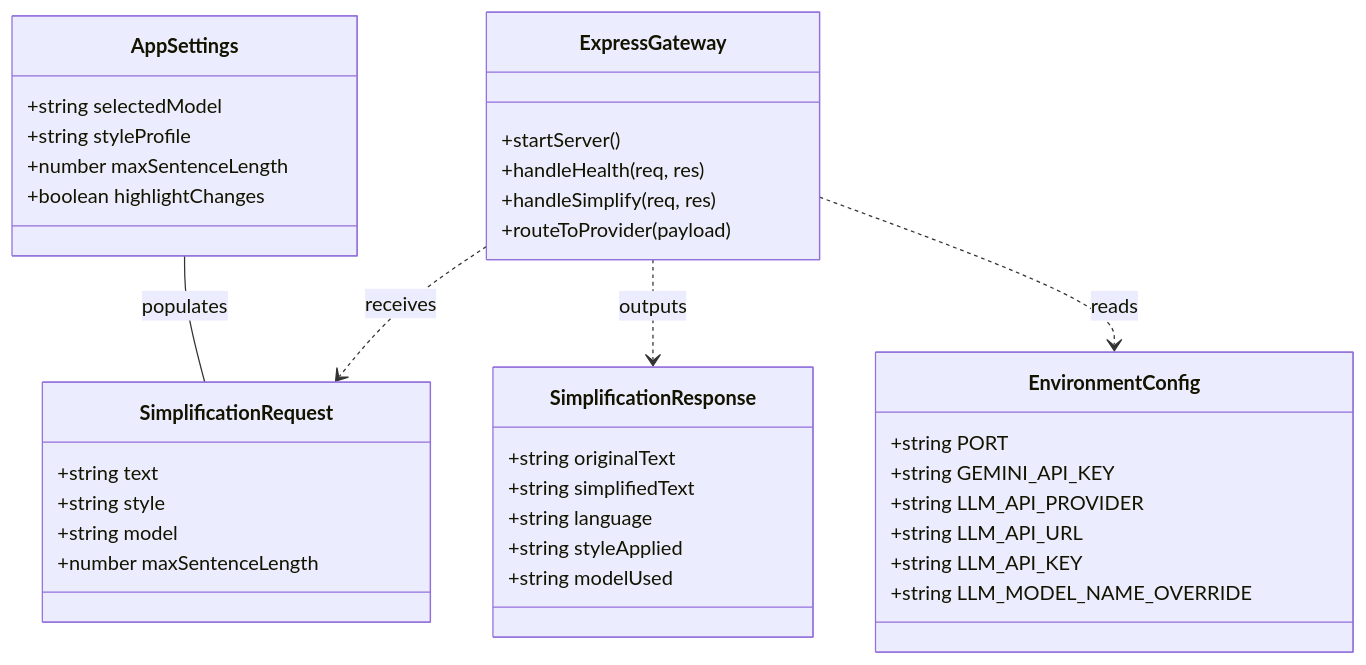
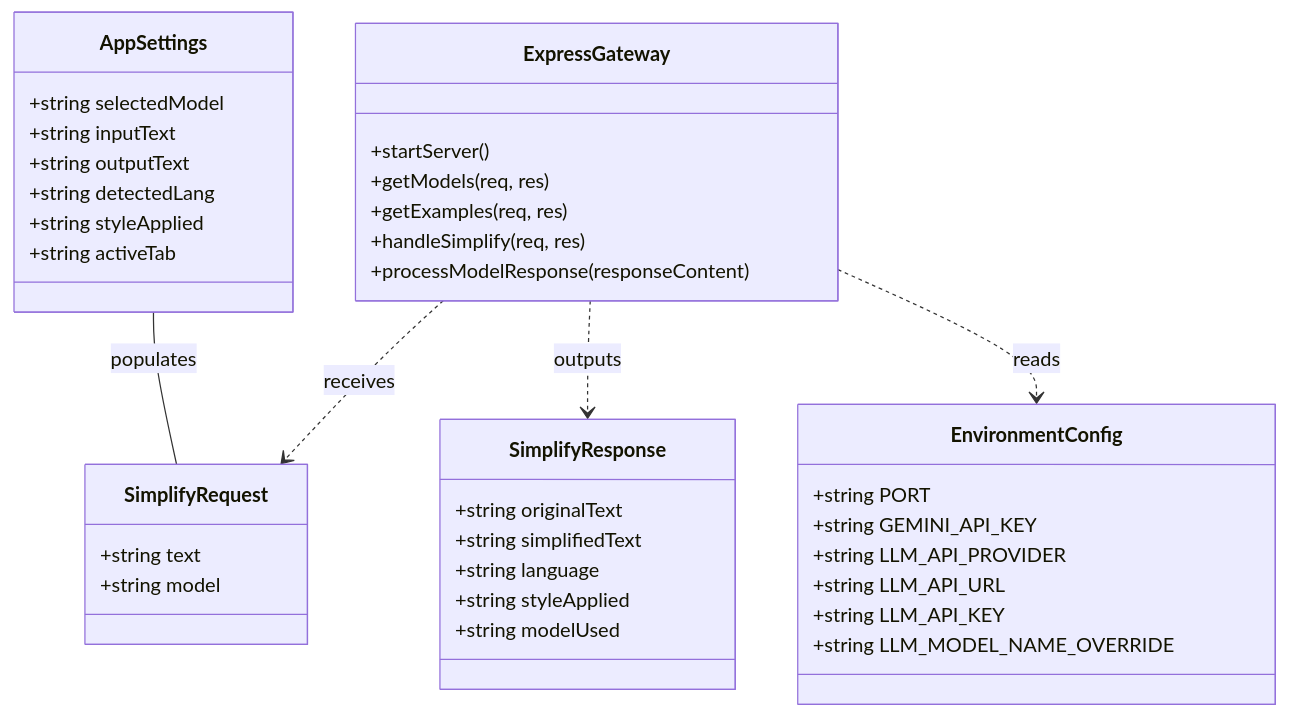
One commit to jd-rk9/Joulefish-Severless changed the diagram in architecture/classDiagram.mmd. Above: the diagram before and after it, drawn with Mermaid. The commit also changed 17 other files, not shown here.

Commit message:
architecture description

```diff
--- a/architecture/classDiagram.mmd
+++ b/architecture/classDiagram.mmd
@@ -1,43 +1,44 @@
 classDiagram
-    class SimplificationRequest {
+    class SimplifyRequest {
         +string text
-        +string style
         +string model
-        +number maxSentenceLength
     }
 
-    class SimplificationResponse {
+    class SimplifyResponse {
         +string originalText
         +string simplifiedText
         +string language
         +string styleApplied
         +string modelUsed
     }
 
     class AppSettings {
         +string selectedModel
-        +string styleProfile
-        +number maxSentenceLength
-        +boolean highlightChanges
+        +string inputText
+        +string outputText
+        +string detectedLang
+        +string styleApplied
+        +string activeTab
     }
 
     class EnvironmentConfig {
         +string PORT
         +string GEMINI_API_KEY
         +string LLM_API_PROVIDER
         +string LLM_API_URL
         +string LLM_API_KEY
         +string LLM_MODEL_NAME_OVERRIDE
     }
 
     class ExpressGateway {
         +startServer()
-        +handleHealth(req, res)
+        +getModels(req, res)
+        +getExamples(req, res)
         +handleSimplify(req, res)
-        +routeToProvider(payload)
+        +processModelResponse(responseContent)
     }
 
-    ExpressGateway ..> SimplificationRequest : receives
-    ExpressGateway ..> SimplificationResponse : outputs
+    ExpressGateway ..> SimplifyRequest : receives
+    ExpressGateway ..> SimplifyResponse : outputs
     ExpressGateway ..> EnvironmentConfig : reads
-    AppSettings -- SimplificationRequest : populates
+    AppSettings -- SimplifyRequest : populates
```
